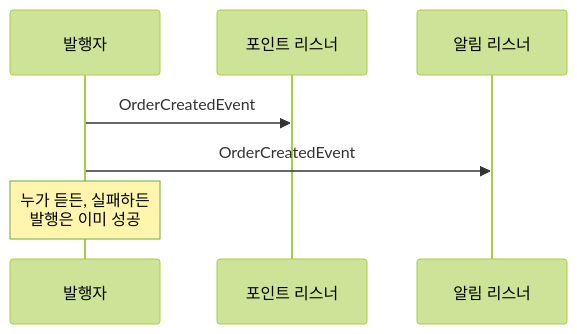
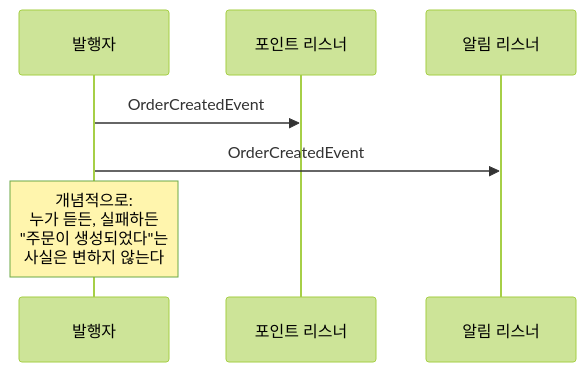
The second of 4 diagrams in src/test/java/com/example/messaging/step0_command_vs_event/README.md (katiekim17/messaging-lab), drawn with Mermaid (forest theme) before and after one commit. The commit also changed other lines of this file and 1 other file, not shown here.

````diff
--- a/src/test/java/com/example/messaging/step0_command_vs_event/README.md
+++ b/src/test/java/com/example/messaging/step0_command_vs_event/README.md
@@ -125,11 +134,11 @@
 ```mermaid
 sequenceDiagram
     participant Publisher as 발행자
     participant L1 as 포인트 리스너
     participant L2 as 알림 리스너
 
     Publisher->>L1: OrderCreatedEvent
     Publisher->>L2: OrderCreatedEvent
 
-    Note over Publisher: 누가 듣든, 실패하든<br/>발행은 이미 성공
+    Note over Publisher: 개념적으로:<br/>누가 듣든, 실패하든<br/>"주문이 생성되었다"는<br/>사실은 변하지 않는다
 ```
````
